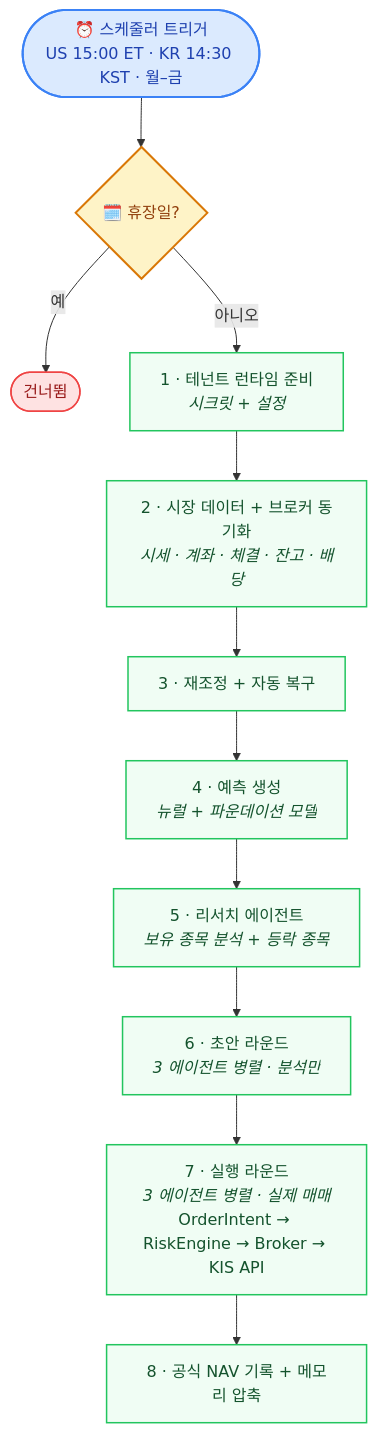
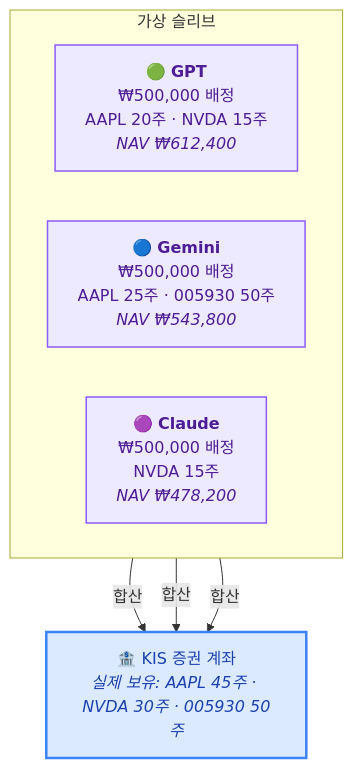
One commit to midnightnnn/llm_invest changed the second of 3 diagrams in README.md. Above: the diagram before and after it, drawn with Mermaid. The commit also changed other lines of this file and 2 other files, not shown here.

````diff
--- a/README.md
+++ b/README.md
@@ -254,24 +307,19 @@
 ```mermaid
-flowchart TD
-    START(["⏰ 스케줄러 트리거<br>US 15:00 ET · KR 14:30 KST · 월–금"])
-    START --> HOL{"🗓️ 휴장일?"}
-    HOL -->|"예"| SKIP(["건너뜀"])
-    HOL -->|"아니오"| H["1 · 테넌트 런타임 준비<br><i>시크릿 + 설정</i>"]
-    H --> S["2 · 시장 데이터 + 브로커 동기화<br><i>시세 · 계좌 · 체결 · 잔고 · 배당</i>"]
-    S --> R["3 · 재조정 + 자동 복구"]
-    R --> F["4 · 예측 생성<br><i>뉴럴 + 파운데이션 모델</i>"]
-    F --> RS["5 · 리서치 에이전트<br><i>보유 종목 분석 + 등락 종목</i>"]
-    RS --> DRAFT["6 · 초안 라운드<br><i>3 에이전트 병렬 · 분석만</i>"]
-    DRAFT --> EXEC["7 · 실행 라운드<br><i>3 에이전트 병렬 · 실제 매매</i><br>OrderIntent → RiskEngine → Broker → KIS API"]
-    EXEC --> NAV["8 · 공식 NAV 기록 + 메모리 압축"]
+graph TB
+    ACCOUNT["🏦 KIS 증권 계좌<br><i>실제 보유: AAPL 45주 · NVDA 30주 · 005930 50주</i>"]
 
-    classDef trigger fill:#dbeafe,stroke:#3b82f6,stroke-width:2px,color:#1e40af
-    classDef decision fill:#fef3c7,stroke:#d97706,stroke-width:2px,color:#92400e
-    classDef step fill:#f0fdf4,stroke:#22c55e,stroke-width:1.5px,color:#14532d
-    classDef skip fill:#fee2e2,stroke:#ef4444,stroke-width:1.5px,color:#991b1b
+    subgraph SLEEVES[" 가상 슬리브 "]
+        direction LR
+        GPT["🟢 <b>GPT</b><br>₩500,000 배정<br>AAPL 20주 · NVDA 15주<br><i>NAV ₩612,400</i>"]
+        GEM["🔵 <b>Gemini</b><br>₩500,000 배정<br>AAPL 25주 · 005930 50주<br><i>NAV ₩543,800</i>"]
+        CLD["🟣 <b>Claude</b><br>₩500,000 배정<br>NVDA 15주<br><i>NAV ₩478,200</i>"]
+    end
 
-    class START trigger
-    class HOL decision
-    class H,S,R,F,RS,DRAFT,EXEC,NAV step
-    class SKIP skip
+    GPT & GEM & CLD -->|"합산"| ACCOUNT
+
+    classDef account fill:#dbeafe,stroke:#3b82f6,stroke-width:2.5px,color:#1e40af
+    classDef sleeve fill:#ede9fe,stroke:#8b5cf6,stroke-width:1.5px,color:#4c1d95
+
+    class ACCOUNT account
+    class GPT,GEM,CLD sleeve
 ```
````
